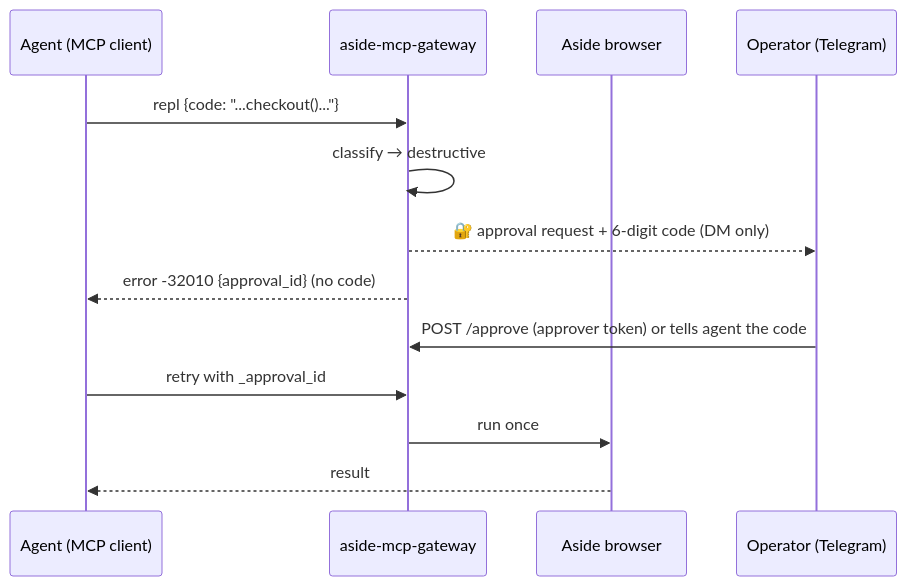
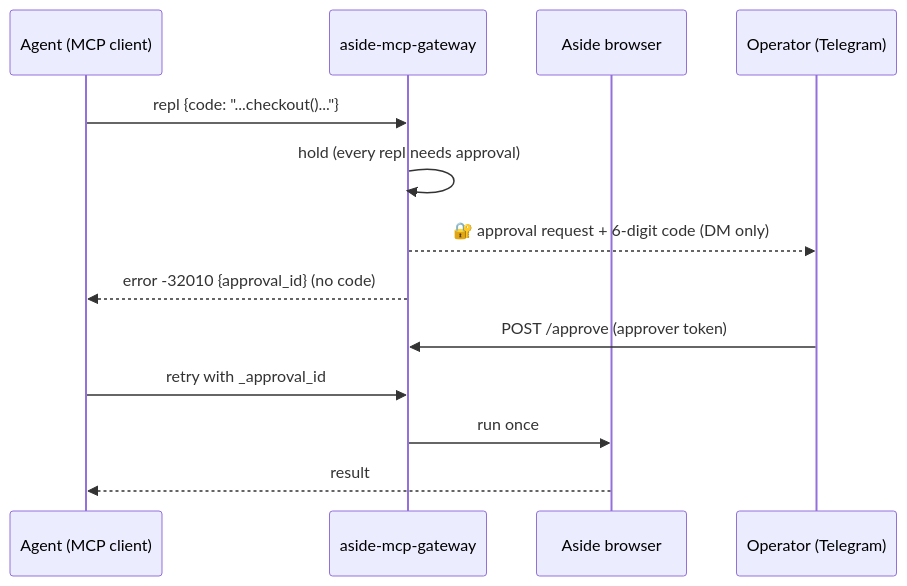
One commit to kims6305-bjk/aside-mcp-gateway changed the diagram in README.en.md. Above: the diagram before and after it, drawn with Mermaid. The commit also changed other lines of this file and 7 other files, not shown here.

````diff
--- a/README.en.md
+++ b/README.en.md
@@ -150,15 +154,15 @@
 ```mermaid
 sequenceDiagram
     participant A as Agent (MCP client)
     participant G as aside-mcp-gateway
     participant B as Aside browser
     participant U as Operator (Telegram)
     A->>G: repl {code: "...checkout()..."}
-    G->>G: classify → destructive
+    G->>G: hold (every repl needs approval)
     G-->>U: 🔐 approval request + 6-digit code (DM only)
     G-->>A: error -32010 {approval_id} (no code)
-    U->>G: POST /approve (approver token) or tells agent the code
+    U->>G: POST /approve (approver token)
     A->>G: retry with _approval_id
     G->>B: run once
     B-->>A: result
 ```
````
